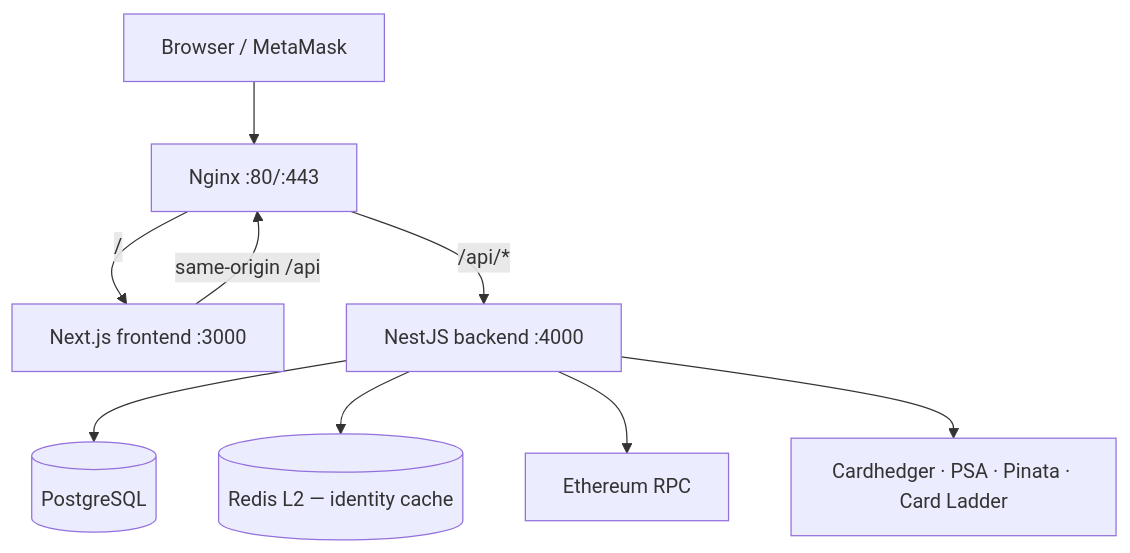
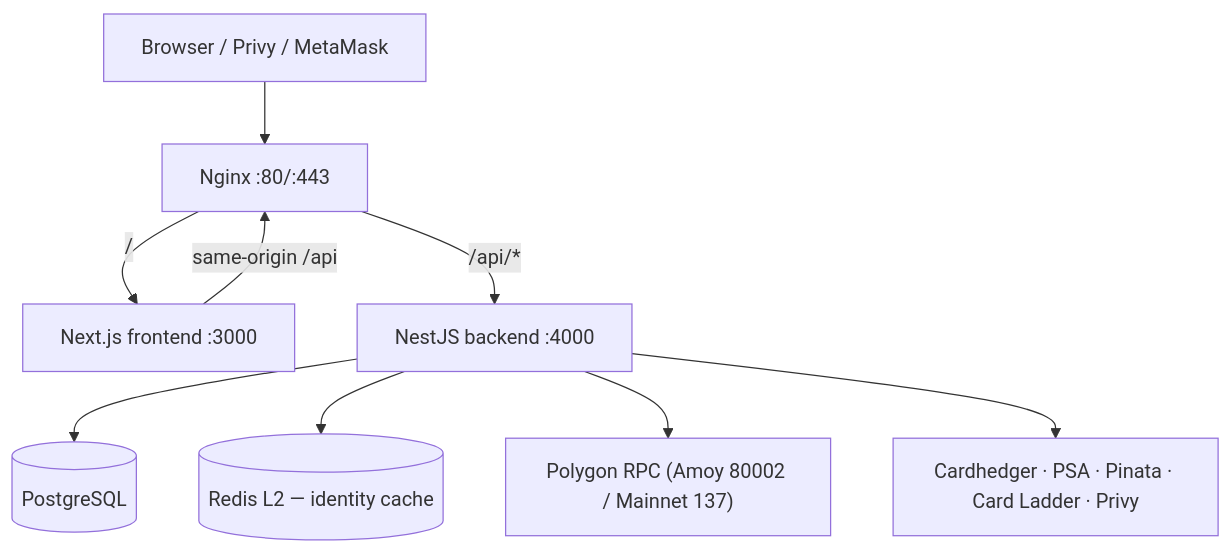
Before and after one commit to tokenable-dev/tokenable-dev: the diagram in docs/architecture/overview.md, drawn with Mermaid. The commit also changed other lines of this file and 364 other files, not shown here.

````diff
--- a/docs/architecture/overview.md
+++ b/docs/architecture/overview.md
@@ -5,20 +5,20 @@
 ```mermaid
 flowchart TB
-    Browser["Browser / MetaMask"]
+    Browser["Browser / Privy / MetaMask"]
     Nginx["Nginx :80/:443"]
     FE["Next.js frontend :3000"]
     BE["NestJS backend :4000"]
     PG[("PostgreSQL")]
     RD[("Redis L2 — identity cache")]
-    RPC["Ethereum RPC"]
-    EXT["Cardhedger · PSA · Pinata · Card Ladder"]
+    RPC["Polygon RPC (Amoy 80002 / Mainnet 137)"]
+    EXT["Cardhedger · PSA · Pinata · Card Ladder · Privy"]
 
     Browser --> Nginx
     Nginx -->|"/"| FE
     Nginx -->|"/api/*"| BE
     BE --> PG
     BE --> RD
     BE --> RPC
     BE --> EXT
     FE -->|same-origin /api| Nginx
 ```
````
